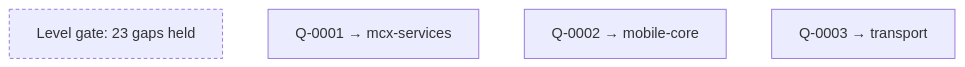
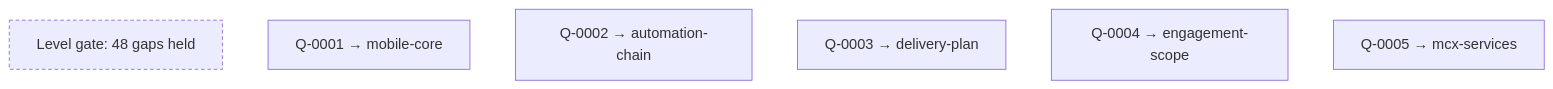
Before and after one commit to MauriceIsrael/LLMOps: the first of 2 diagrams in artifacts/nordwave-mcx-2027/progression.md, drawn with Mermaid. The commit also changed other lines of this file and 247 other files, not shown here.

````diff
--- a/artifacts/nordwave-mcx-2027/progression.md
+++ b/artifacts/nordwave-mcx-2027/progression.md
@@ -30,8 +32,10 @@
 ```mermaid
 graph TD
-    GATE["Level gate: 23 gaps held"]:::held
-    Q0001["Q-0001 → mcx-services"]
-    Q0002["Q-0002 → mobile-core"]
-    Q0003["Q-0003 → transport"]
+    GATE["Level gate: 48 gaps held"]:::held
+    Q0001["Q-0001 → mobile-core"]
+    Q0002["Q-0002 → automation-chain"]
+    Q0003["Q-0003 → delivery-plan"]
+    Q0004["Q-0004 → engagement-scope"]
+    Q0005["Q-0005 → mcx-services"]
     classDef held stroke-dasharray: 4 3;
 ```
````
